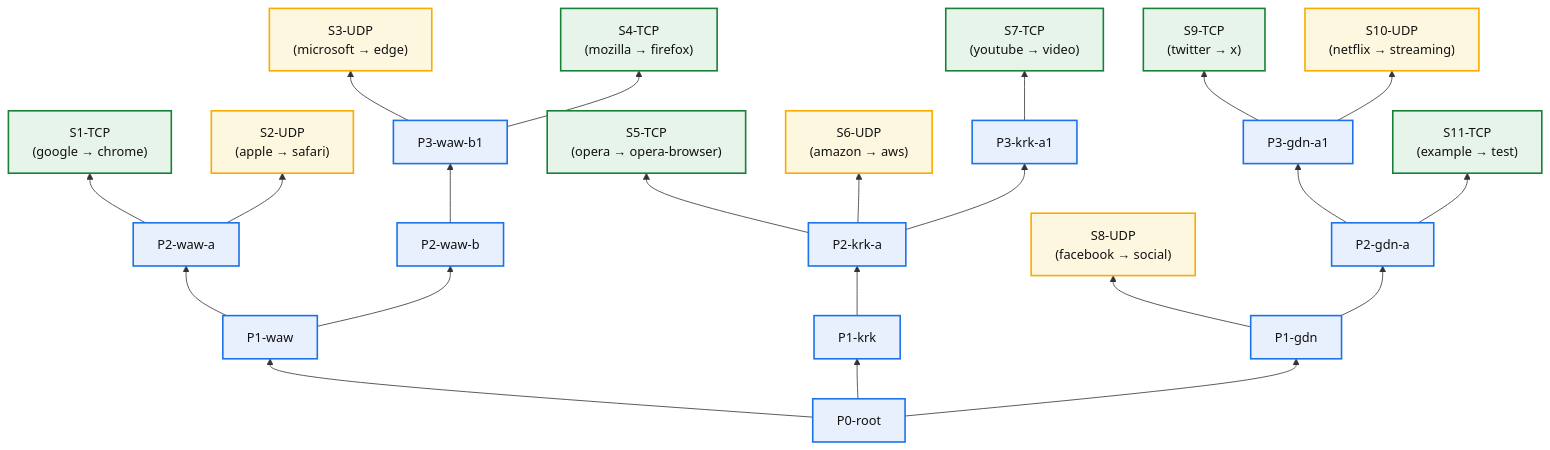
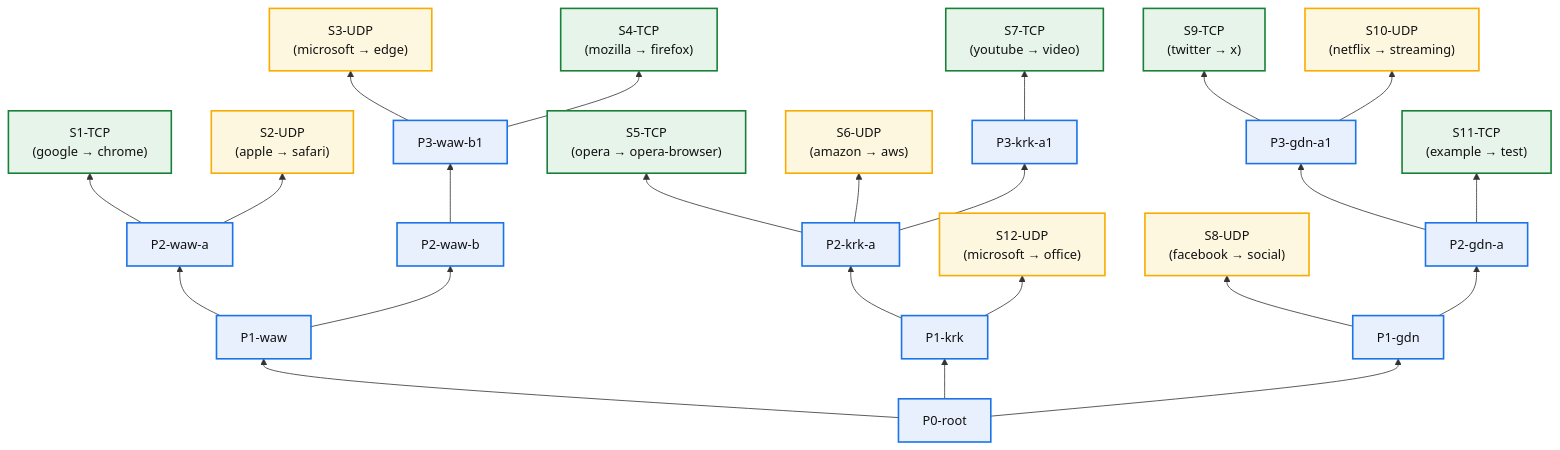
One commit to Pawiu2379/Proxy_SKJ_PJWSTK changed the diagram in Diagram_for_test.mmd. Above: the diagram before and after it, drawn with Mermaid.

Commit message:
Diagram for test architecture

```diff
--- a/Diagram_for_test.mmd
+++ b/Diagram_for_test.mmd
@@ -1,42 +1,44 @@
 ---
 config:
-  layout: dagre
+  layout: fixed
 ---
 flowchart BT
     P0["P0-root"] --> P1w["P1-waw"] & P1k["P1-krk"] & P1g["P1-gdn"]
     P1w --> P2wa["P2-waw-a"] & P2wb["P2-waw-b"]
     P2wa --> S1["S1-TCP<br>(google → chrome)"] & S2["S2-UDP<br>(apple → safari)"]
     P2wb --> P3wbb1["P3-waw-b1"]
     P3wbb1 --> S3["S3-UDP<br>(microsoft → edge)"] & S4["S4-TCP<br>(mozilla → firefox)"]
-    P1k --> P2ka["P2-krk-a"]
+    P1k --> P2ka["P2-krk-a"] & n1["S12-UDP<br>(microsoft → office)"]
     P2ka --> S5["S5-TCP<br>(opera → opera-browser)"] & S6["S6-UDP<br>(amazon → aws)"] & P3kaa1["P3-krk-a1"]
     P3kaa1 --> S7["S7-TCP<br>(youtube → video)"]
     P1g --> S8["S8-UDP<br>(facebook → social)"] & P2ga["P2-gdn-a"]
     P2ga --> P3gaa1["P3-gdn-a1"] & S11["S11-TCP<br>(example → test)"]
     P3gaa1 --> S9["S9-TCP<br>(twitter → x)"] & S10["S10-UDP<br>(netflix → streaming)"]
 
+    n1@{ shape: rect}
      P0:::proxy
      P1w:::proxy
      P1k:::proxy
      P1g:::proxy
      P2wa:::proxy
      P2wb:::proxy
      S1:::tcp
      S2:::udp
      P3wbb1:::proxy
      S3:::udp
      S4:::tcp
      P2ka:::proxy
+     n1:::udp
      S5:::tcp
      S6:::udp
      P3kaa1:::proxy
      S7:::tcp
      S8:::udp
      P2ga:::proxy
      P3gaa1:::proxy
      S11:::tcp
      S9:::tcp
      S10:::udp
     classDef proxy fill:#E8F0FE,stroke:#1A73E8,stroke-width:2px,color:#111
     classDef tcp fill:#E6F4EA,stroke:#188038,stroke-width:2px,color:#111
     classDef udp fill:#FEF7E0,stroke:#F9AB00,stroke-width:2px,color:#111
```
